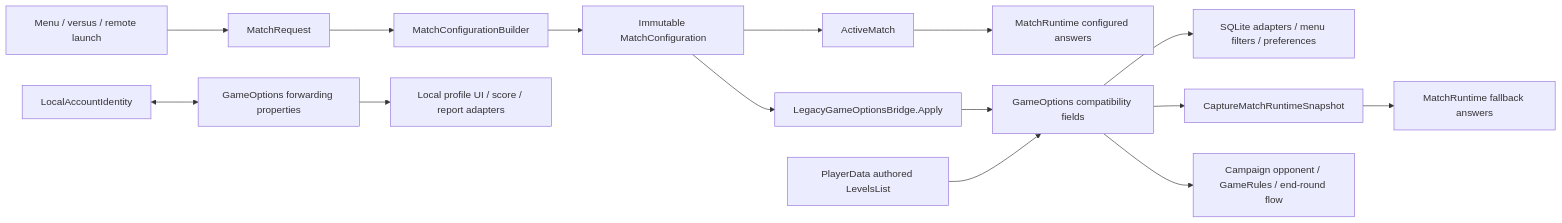
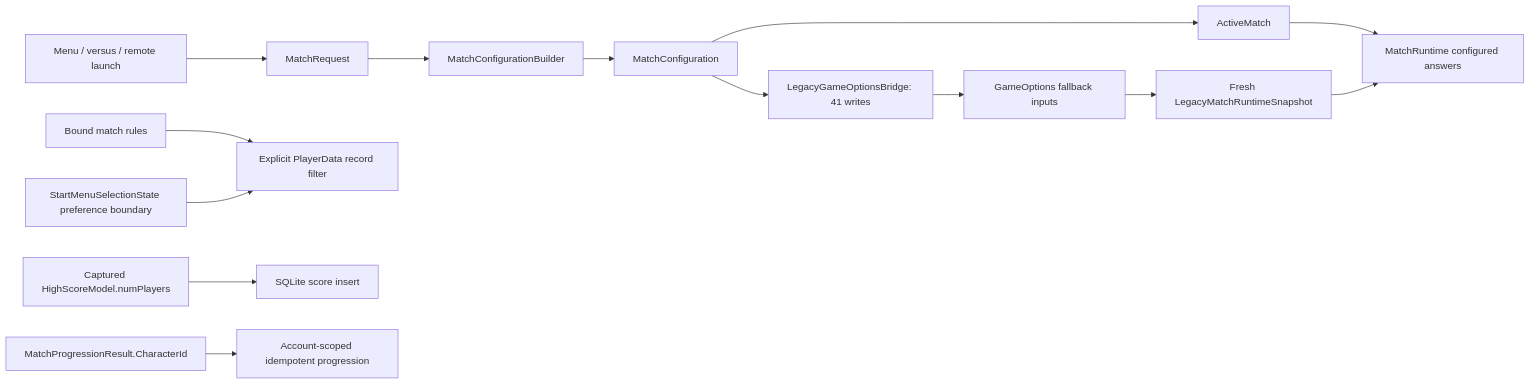
Before and after one commit to sweat-this/level5: the first of 2 diagrams in docs/game-options-inventory.md, drawn with Mermaid. The commit also changed other lines of this file and 30 other files, not shown here.

First line of the commit message:
Retire independent legacy match-state consumers (#274) (#310)

````diff
--- a/docs/game-options-inventory.md
+++ b/docs/game-options-inventory.md
@@ -29,17 +39,16 @@
 ```mermaid
 flowchart LR
-    S[Menu / versus / remote launch] --> Q[MatchRequest]
-    Q --> B[MatchConfigurationBuilder]
-    B --> C[Immutable MatchConfiguration]
-    C --> A[ActiveMatch]
-    A --> R[MatchRuntime configured answers]
-    C --> L[LegacyGameOptionsBridge.Apply]
-    L --> G[GameOptions compatibility fields]
-    G --> X[SQLite adapters / menu filters / preferences]
-    G --> F[CaptureMatchRuntimeSnapshot]
-    F --> U[MatchRuntime fallback answers]
-    P[PlayerData authored LevelsList] --> G
-    G --> N[Campaign opponent / GameRules / end-round flow]
-    I[LocalAccountIdentity] <--> J[GameOptions forwarding properties]
-    J --> K[Local profile UI / score / report adapters]
+    Menu[Menu / versus / remote launch] --> Request[MatchRequest]
+    Request --> Builder[MatchConfigurationBuilder]
+    Builder --> Config[MatchConfiguration]
+    Config --> Active[ActiveMatch]
+    Active --> Runtime[MatchRuntime configured answers]
+    Config --> Bridge[LegacyGameOptionsBridge: 41 writes]
+    Bridge --> Legacy[GameOptions fallback inputs]
+    Legacy --> Snapshot[Fresh LegacyMatchRuntimeSnapshot]
+    Snapshot --> Runtime
+    Rules[Bound match rules] --> Query[Explicit PlayerData record filter]
+    Prefs[StartMenuSelectionState preference boundary] --> Query
+    Model[Captured HighScoreModel.numPlayers] --> SQLite[SQLite score insert]
+    Result[MatchProgressionResult.CharacterId] --> XP[Account-scoped idempotent progression]
 ```
````
